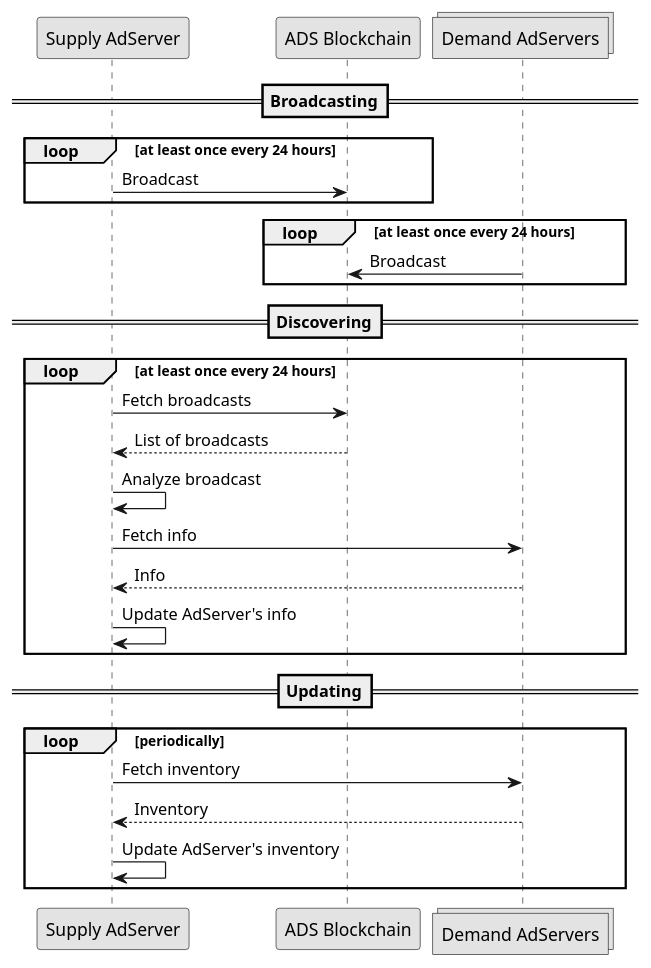
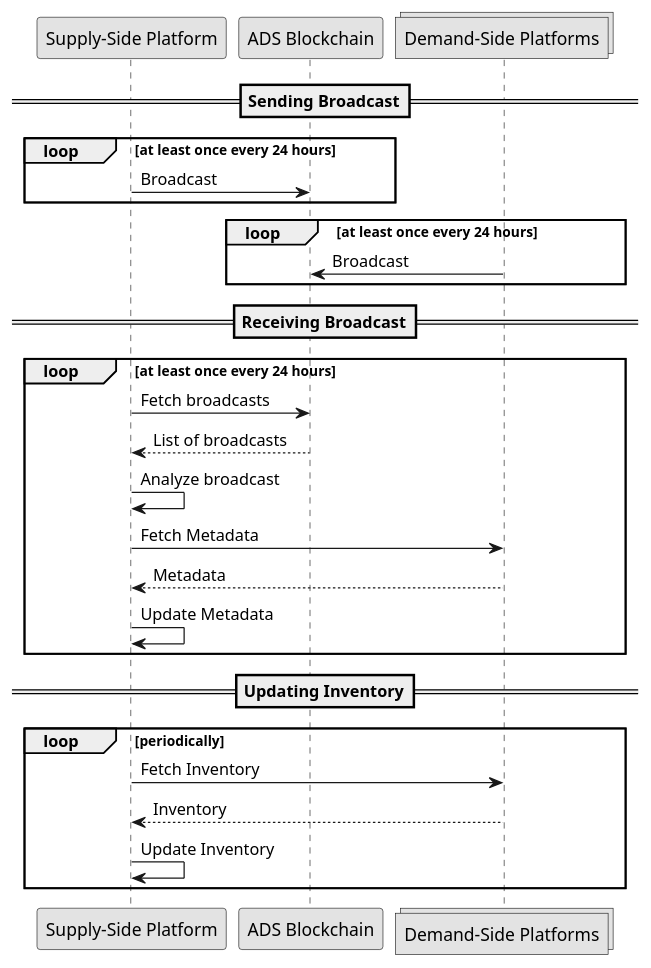
The diagram in protocol/synchronization/index.rst (adshares/adshares-docs), drawn with PlantUML before and after one commit. The commit also changed other lines of this file and 10 other files, not shown here.

```diff
--- a/protocol/synchronization/index.rst
+++ b/protocol/synchronization/index.rst
@@ -6,37 +6,37 @@
 .. uml::
     :align: center
 
     skinparam monochrome true
 
-    participant "Supply AdServer"   as supplyServer
-    participant "ADS Blockchain"    as blockchain
-    collections "Demand AdServers"  as demandServer
+    participant "Supply-Side Platform"      as SSP
+    participant "ADS Blockchain"            as blockchain
+    collections "Demand-Side Platforms"     as DSP
 
-    ==Broadcasting==
+    ==Sending Broadcast==
 
     loop at least once every 24 hours
-        supplyServer -> blockchain: Broadcast
+        SSP -> blockchain: Broadcast
     end
 
     loop at least once every 24 hours
-        demandServer -> blockchain: Broadcast
+        DSP -> blockchain: Broadcast
     end
 
-    ==Discovering==
+    ==Receiving Broadcast==
 
     loop at least once every 24 hours
-        supplyServer -> blockchain: Fetch broadcasts
-        blockchain --> supplyServer: List of broadcasts
-        supplyServer -> supplyServer: Analyze broadcast
-        supplyServer -> demandServer: Fetch info
-        demandServer --> supplyServer: Info
-        supplyServer -> supplyServer: Update AdServer's info
+        SSP -> blockchain: Fetch broadcasts
+        blockchain --> SSP: List of broadcasts
+        SSP -> SSP: Analyze broadcast
+        SSP -> DSP: Fetch Metadata
+        DSP --> SSP: Metadata
+        SSP -> SSP: Update Metadata
     end
 
-    ==Updating==
+    ==Updating Inventory==
 
     loop periodically
-        supplyServer -> demandServer : Fetch inventory
-        demandServer --> supplyServer: Inventory
-        supplyServer -> supplyServer: Update AdServer's inventory
+        SSP -> DSP : Fetch Inventory
+        DSP --> SSP: Inventory
+        SSP -> SSP: Update Inventory
     end
```
